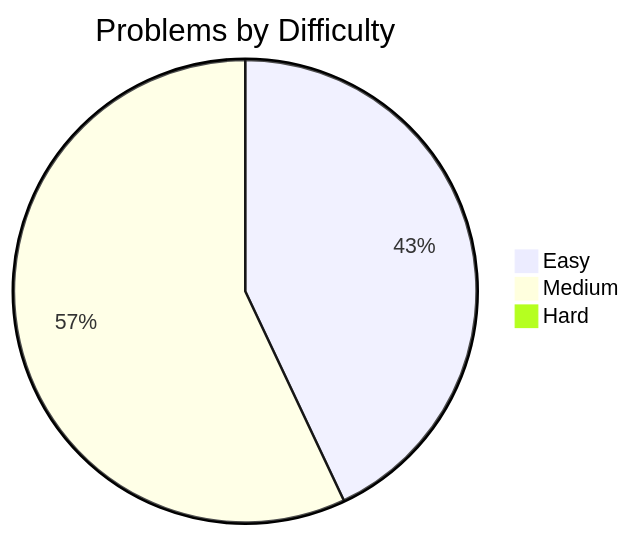
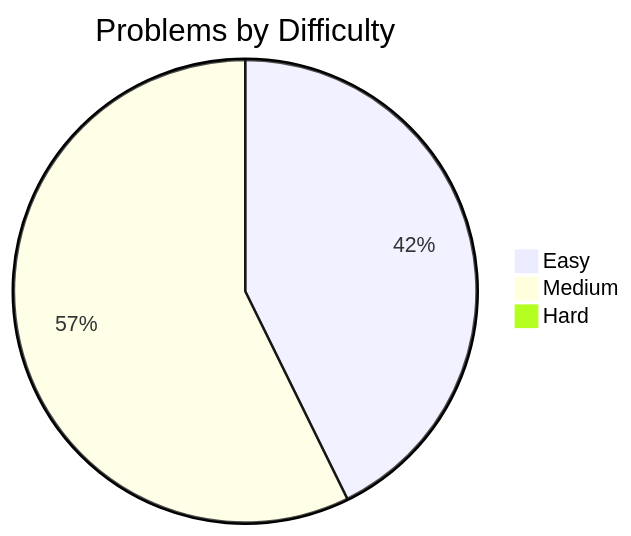
Before and after one commit to Jasjeet-Singh-S/100-days-DSA: the first of 2 diagrams in readme.md, drawn with Mermaid. The commit also changed other lines of this file and 4 other files, not shown here.

````diff
--- a/readme.md
+++ b/readme.md
@@ -19,6 +19,6 @@
 ```mermaid
 pie title Problems by Difficulty
-    "Easy" : 46
-    "Medium" : 61
-    "Hard" : 0
+    "Easy" : 47
+    "Medium" : 63
+    "Hard" : 1
 ```
````
